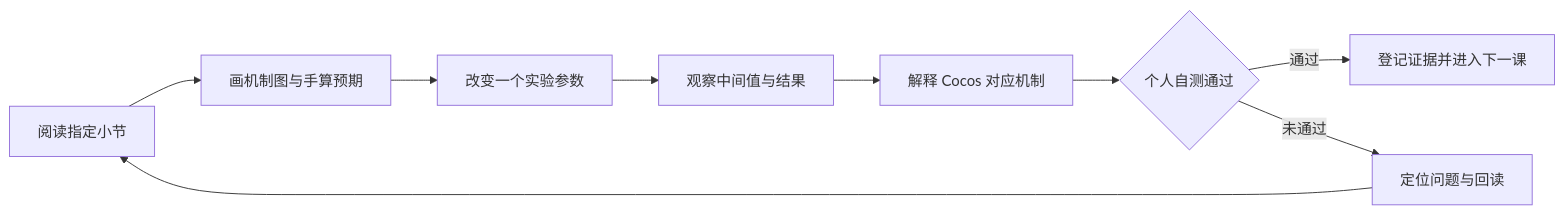
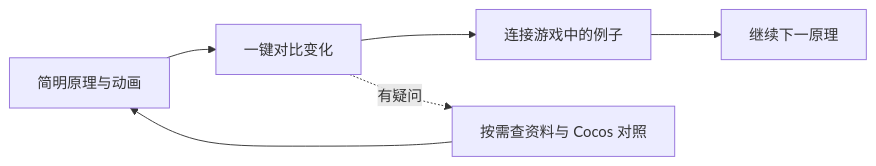
One commit to hongyesuifeng/openClasses changed the first of 5 diagrams in user-profile/progress/3d-game-client-month-01.md. Above: the diagram before and after it, drawn with Mermaid. The commit also changed other lines of this file and 20 other files, not shown here.

````diff
--- a/user-profile/progress/3d-game-client-month-01.md
+++ b/user-profile/progress/3d-game-client-month-01.md
@@ -13,11 +15,8 @@
 ```mermaid
 flowchart LR
-    A[阅读指定小节] --> B[画机制图与手算预期]
-    B --> C[改变一个实验参数]
-    C --> D[观察中间值与结果]
-    D --> E[解释 Cocos 对应机制]
-    E --> F{个人自测通过}
-    F -->|通过| G[登记证据并进入下一课]
-    F -->|未通过| H[定位问题与回读]
-    H --> A
+    A[简明原理与动画] --> B[一键对比变化]
+    B --> C[连接游戏中的例子]
+    C --> D[继续下一原理]
+    B -.有疑问.-> E[按需查资料与 Cocos 对照]
+    E --> A
 ```
````
